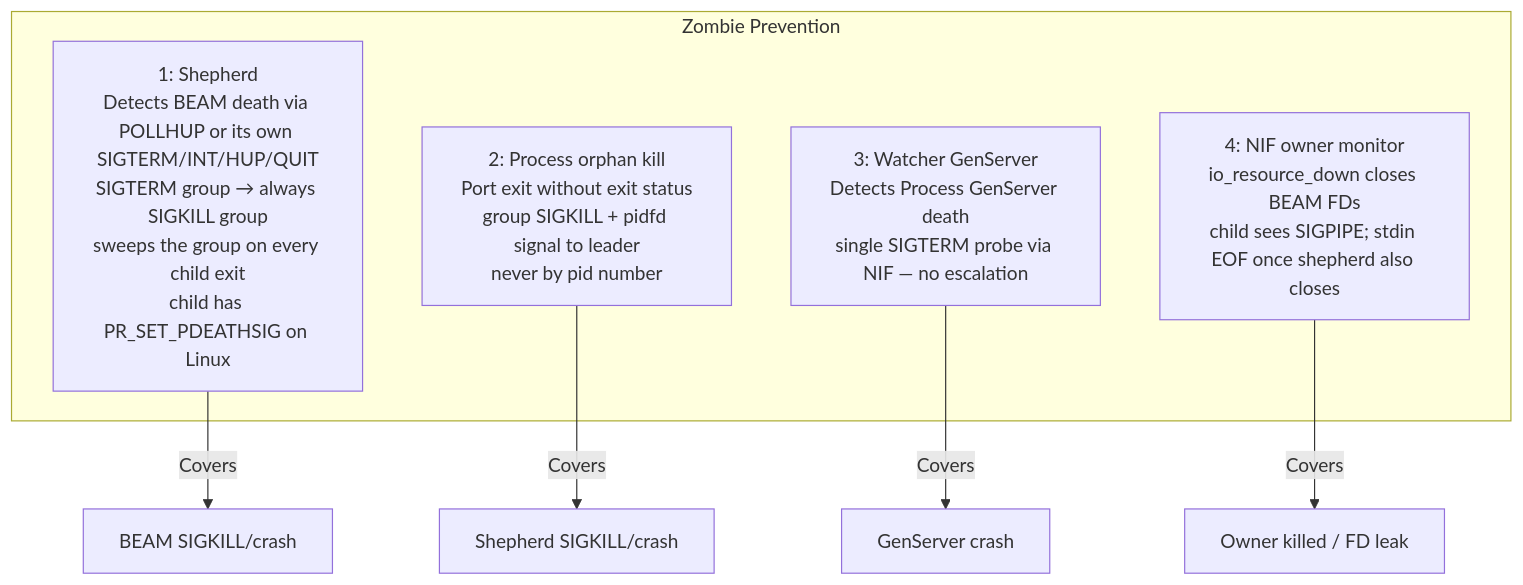
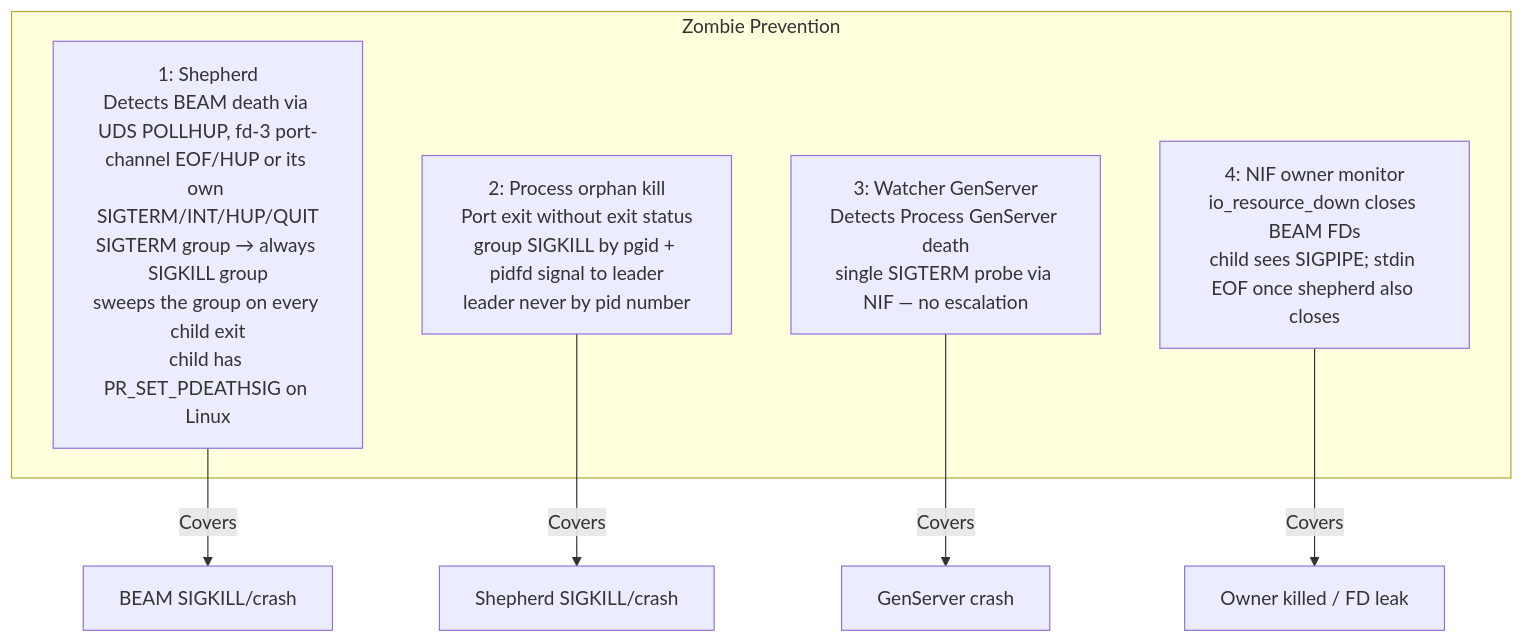
The third of 3 diagrams in docs/architecture.md (nyo16/net_runner), drawn with Mermaid before and after one commit. The commit also changed other lines of this file and 10 other files, not shown here.

````diff
--- a/docs/architecture.md
+++ b/docs/architecture.md
@@ -97,13 +99,13 @@
 ```mermaid
 graph TD
     subgraph "Zombie Prevention"
-        L1[1: Shepherd<br/>Detects BEAM death via POLLHUP or its own SIGTERM/INT/HUP/QUIT<br/>SIGTERM group → always SIGKILL group<br/>sweeps the group on every child exit<br/>child has PR_SET_PDEATHSIG on Linux]
-        L2[2: Process orphan kill<br/>Port exit without exit status<br/>group SIGKILL + pidfd signal to leader<br/>never by pid number]
+        L1[1: Shepherd<br/>Detects BEAM death via UDS POLLHUP, fd-3 port-channel EOF/HUP or its own SIGTERM/INT/HUP/QUIT<br/>SIGTERM group → always SIGKILL group<br/>sweeps the group on every child exit<br/>child has PR_SET_PDEATHSIG on Linux]
+        L2[2: Process orphan kill<br/>Port exit without exit status<br/>group SIGKILL by pgid + pidfd signal to leader<br/>leader never by pid number]
         L3[3: Watcher GenServer<br/>Detects Process GenServer death<br/>single SIGTERM probe via NIF — no escalation]
         L4[4: NIF owner monitor<br/>io_resource_down closes BEAM FDs<br/>child sees SIGPIPE; stdin EOF once shepherd also closes]
     end
     L1 -->|Covers| BEAM_CRASH[BEAM SIGKILL/crash]
     L2 -->|Covers| SHEP_CRASH[Shepherd SIGKILL/crash]
     L3 -->|Covers| GS_CRASH[GenServer crash]
     L4 -->|Covers| LEAK[Owner killed / FD leak]
 ```
````
